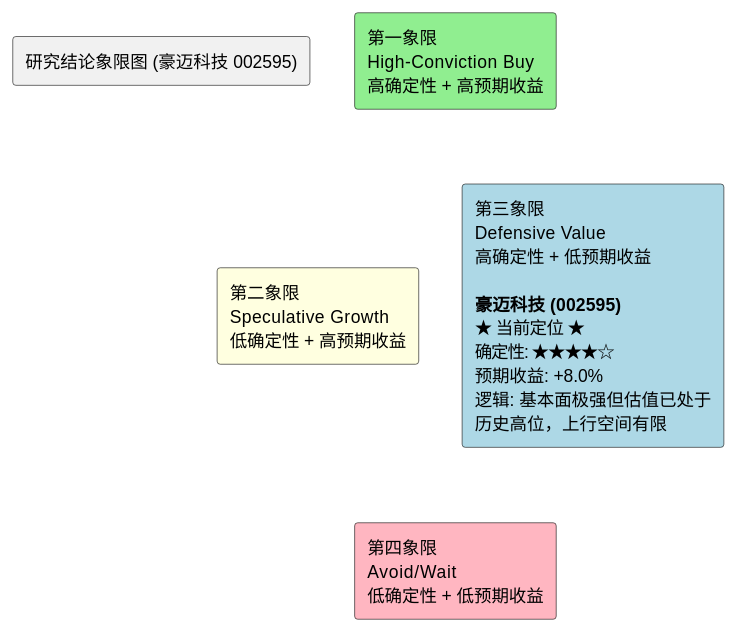
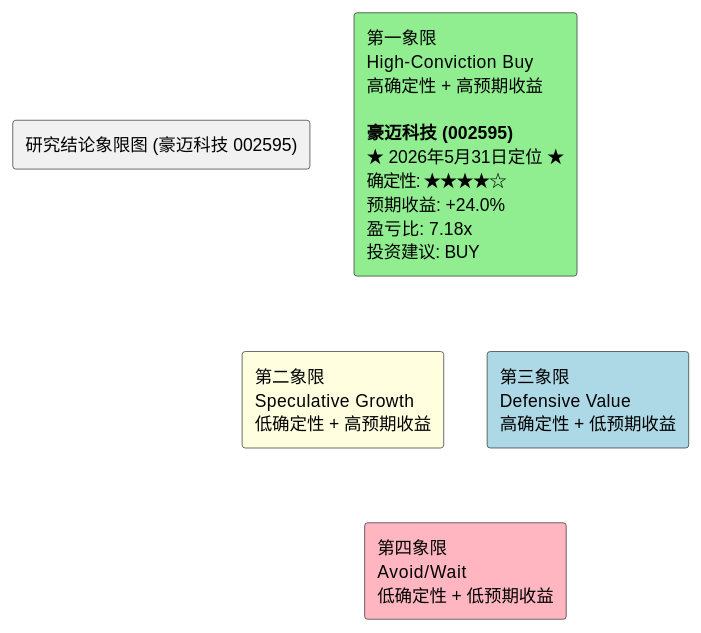
Before and after one commit to hrzzzrh/QuantPyLab: the diagram in investigation/equities/豪迈科技/reports/研报章节七：投资摘要与风险因素.md, drawn with PlantUML. The commit also changed other lines of this file and 336 other files, not shown here.

````diff
--- a/investigation/equities/豪迈科技/reports/研报章节七：投资摘要与风险因素.md
+++ b/investigation/equities/豪迈科技/reports/研报章节七：投资摘要与风险因素.md
@@ -110,18 +130,18 @@
 ```plantuml
 @startuml
 skinparam backgroundColor white
 skinparam componentStyle uml2
 
 rectangle "研究结论象限图 (豪迈科技 002595)" as title
 
-rectangle "第一象限\nHigh-Conviction Buy\n高确定性 + 高预期收益" as Q1 #LightGreen
+rectangle "第一象限\nHigh-Conviction Buy\n高确定性 + 高预期收益\n\n**豪迈科技 (002595)**\n★ 2026年5月31日定位 ★\n确定性: ★★★★☆\n预期收益: +24.0%\n盈亏比: 7.18x\n投资建议: BUY" as Q1 #LightGreen
 rectangle "第二象限\nSpeculative Growth\n低确定性 + 高预期收益" as Q2 #LightYellow
-rectangle "第三象限\nDefensive Value\n高确定性 + 低预期收益\n\n**豪迈科技 (002595)**\n★ 当前定位 ★\n确定性: ★★★★☆\n预期收益: +8.0%\n逻辑: 基本面极强但估值已处于\n历史高位，上行空间有限" as Q3 #LightBlue
+rectangle "第三象限\nDefensive Value\n高确定性 + 低预期收益" as Q3 #LightBlue
 rectangle "第四象限\nAvoid/Wait\n低确定性 + 低预期收益" as Q4 #LightPink
 
 Q1 -[hidden]-> Q2
 Q3 -[hidden]-> Q4
 Q1 -[hidden]-> Q3
 Q2 -[hidden]-> Q4
 @enduml
 ```
````
